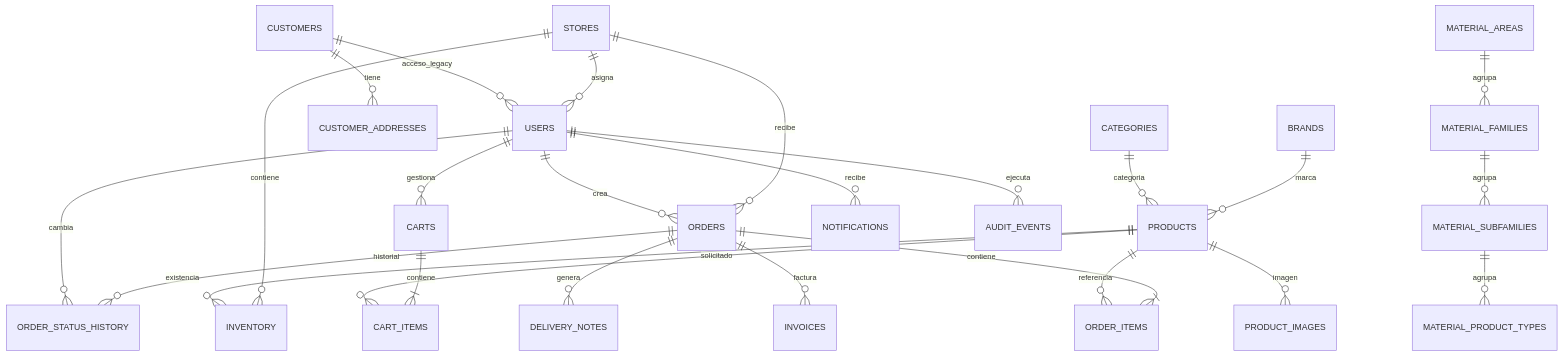
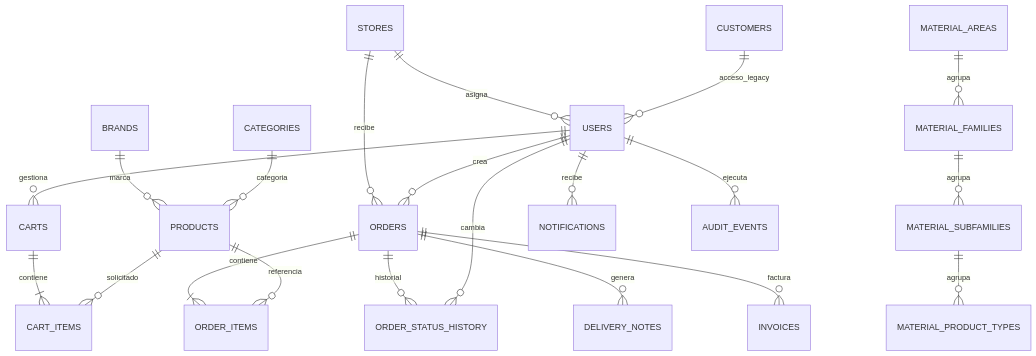
Before and after one commit to TdigitaTel/WEB_B2B: the diagram in docs/postgresql-schema.md, drawn with Mermaid. The commit also changed other lines of this file and 10 other files, not shown here.

````diff
--- a/docs/postgresql-schema.md
+++ b/docs/postgresql-schema.md
@@ -59,27 +60,23 @@
 ```mermaid
 erDiagram
     STORES ||--o{ USERS : asigna
-    STORES ||--o{ INVENTORY : contiene
     STORES ||--o{ ORDERS : recibe
     CUSTOMERS ||--o{ USERS : acceso_legacy
-    CUSTOMERS ||--o{ CUSTOMER_ADDRESSES : tiene
     USERS ||--o{ CARTS : gestiona
     CARTS ||--|{ CART_ITEMS : contiene
     PRODUCTS ||--o{ CART_ITEMS : solicitado
     BRANDS ||--o{ PRODUCTS : marca
     CATEGORIES ||--o{ PRODUCTS : categoria
     MATERIAL_AREAS ||--o{ MATERIAL_FAMILIES : agrupa
     MATERIAL_FAMILIES ||--o{ MATERIAL_SUBFAMILIES : agrupa
     MATERIAL_SUBFAMILIES ||--o{ MATERIAL_PRODUCT_TYPES : agrupa
-    PRODUCTS ||--o{ INVENTORY : existencia
-    PRODUCTS ||--o{ PRODUCT_IMAGES : imagen
     ORDERS ||--|{ ORDER_ITEMS : contiene
     PRODUCTS ||--o{ ORDER_ITEMS : referencia
     USERS ||--o{ ORDERS : crea
     ORDERS ||--o{ ORDER_STATUS_HISTORY : historial
     USERS ||--o{ ORDER_STATUS_HISTORY : cambia
     ORDERS ||--o{ DELIVERY_NOTES : genera
     ORDERS ||--o{ INVOICES : factura
     USERS ||--o{ NOTIFICATIONS : recibe
     USERS ||--o{ AUDIT_EVENTS : ejecuta
 ```
````
